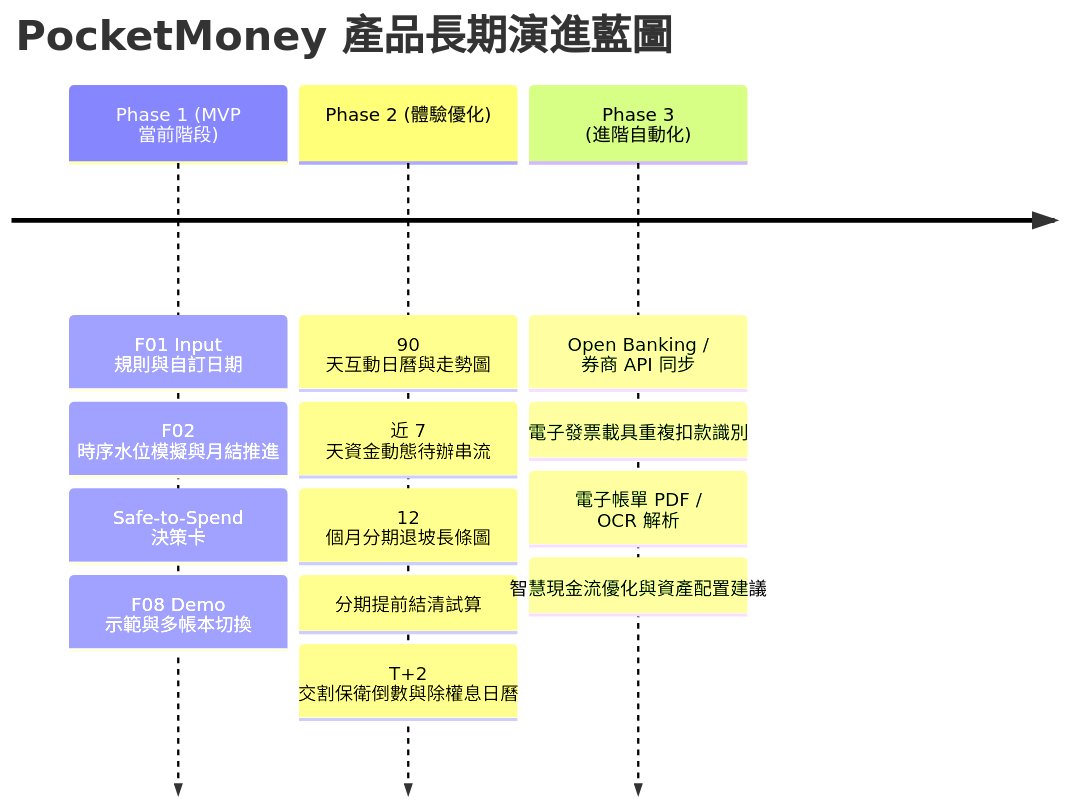
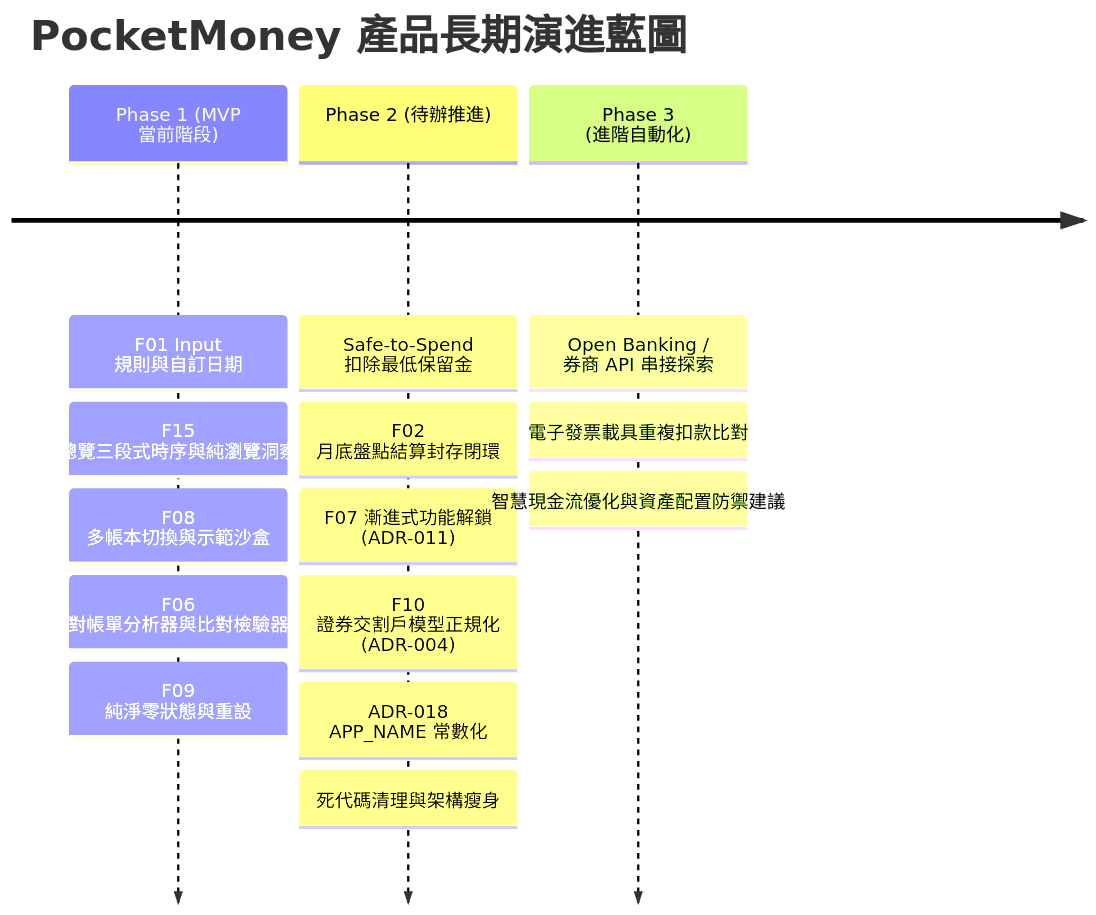
The diagram in pocketmoney/BACKLOG.md (wiskinglin/wiskinglin.github.io), drawn with Mermaid before and after one commit. The commit also changed other lines of this file and 25 other files, not shown here.

Commit message:
chore(pocketmoney): sync specs, schema, and docs before directory cleanup (v0.3.0)

````diff
--- a/pocketmoney/BACKLOG.md
+++ b/pocketmoney/BACKLOG.md
@@ -79,18 +97,18 @@
 ```mermaid
 timeline
     title PocketMoney 產品長期演進藍圖
     Phase 1 (MVP 當前階段) : F01 Input 規則與自訂日期
-                          : F02 時序水位模擬與月結推進
-                          %% F03 缺口調撥與單期覆寫 (已取消)
-                          : Safe-to-Spend 決策卡
-                          : F08 Demo 示範與多帳本切換
-    Phase 2 (體驗優化)    : 90 天互動日曆與走勢圖
-                          : 近 7 天資金動態待辦串流
-                          : 12 個月分期退坡長條圖
-                          : 分期提前結清試算
-                          : T+2 交割保衛倒數與除權息日曆
-    Phase 3 (進階自動化)  : Open Banking / 券商 API 同步
-                          : 電子發票載具重複扣款識別
-                          : 電子帳單 PDF / OCR 解析
-                          : 智慧現金流優化與資產配置建議
+                          : F15 總覽三段式時序與純瀏覽洞察
+                          : F08 多帳本切換與示範沙盒
+                          : F06 對帳單分析器與比對檢驗器
+                          : F09 純淨零狀態與重設
+    Phase 2 (待辦推進)    : Safe-to-Spend 扣除最低保留金
+                          : F02 月底盤點結算封存閉環
+                          : F07 漸進式功能解鎖 (ADR-011)
+                          : F10 證券交割戶模型正規化 (ADR-004)
+                          : ADR-018 APP_NAME 常數化
+                          : 死代碼清理與架構瘦身
+    Phase 3 (進階自動化)  : Open Banking / 券商 API 串接探索
+                          : 電子發票載具重複扣款比對
+                          : 智慧現金流優化與資產配置防禦建議
 ```
````
